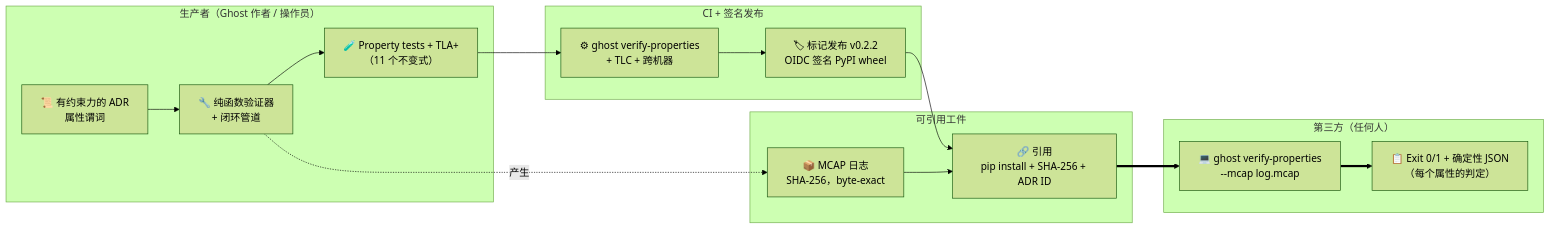
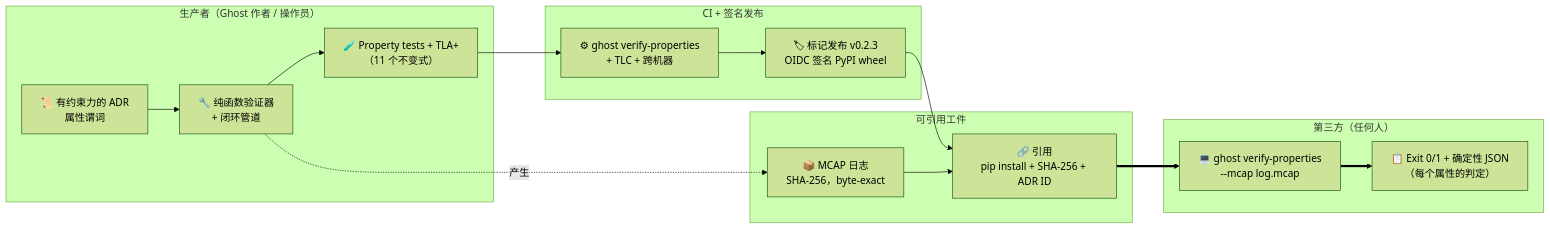
Before and after one commit to JFHelvetius/ghost: the diagram in docs/paper/zh/project_ghost_v0_2_ZH.md, drawn with Mermaid (forest theme). The commit also changed other lines of this file and 3 other files, not shown here.

````diff
--- a/docs/paper/zh/project_ghost_v0_2_ZH.md
+++ b/docs/paper/zh/project_ghost_v0_2_ZH.md
@@ -174,29 +174,29 @@
 ```mermaid
 flowchart LR
     subgraph P["生产者（Ghost 作者 / 操作员）"]
         ADR["📜 有约束力的 ADR<br/>属性谓词"]
         Code["🔧 纯函数验证器<br/>+ 闭环管道"]
         Spec["🧪 Property tests + TLA+<br/>（11 个不变式）"]
     end
     subgraph R["CI + 签名发布"]
         CIv["⚙ ghost verify-properties<br/>+ TLC + 跨机器"]
-        Tag["🏷 标记发布 v0.2.2<br/>OIDC 签名 PyPI wheel"]
+        Tag["🏷 标记发布 v0.2.3<br/>OIDC 签名 PyPI wheel"]
     end
     subgraph A["可引用工件"]
         MCAP["📦 MCAP 日志<br/>SHA-256，byte-exact"]
         Cite["🔗 引用<br/>pip install + SHA-256 + ADR ID"]
     end
     subgraph V["第三方（任何人）"]
         Cmd["💻 ghost verify-properties<br/>--mcap log.mcap"]
         Out["📋 Exit 0/1 + 确定性 JSON<br/>（每个属性的判定）"]
     end
     ADR --> Code
     Code --> Spec
     Spec --> CIv
     CIv --> Tag
     Code -. 产生 .-> MCAP
     Tag --> Cite
     MCAP --> Cite
     Cite ==> Cmd
     Cmd ==> Out
 ```
````
